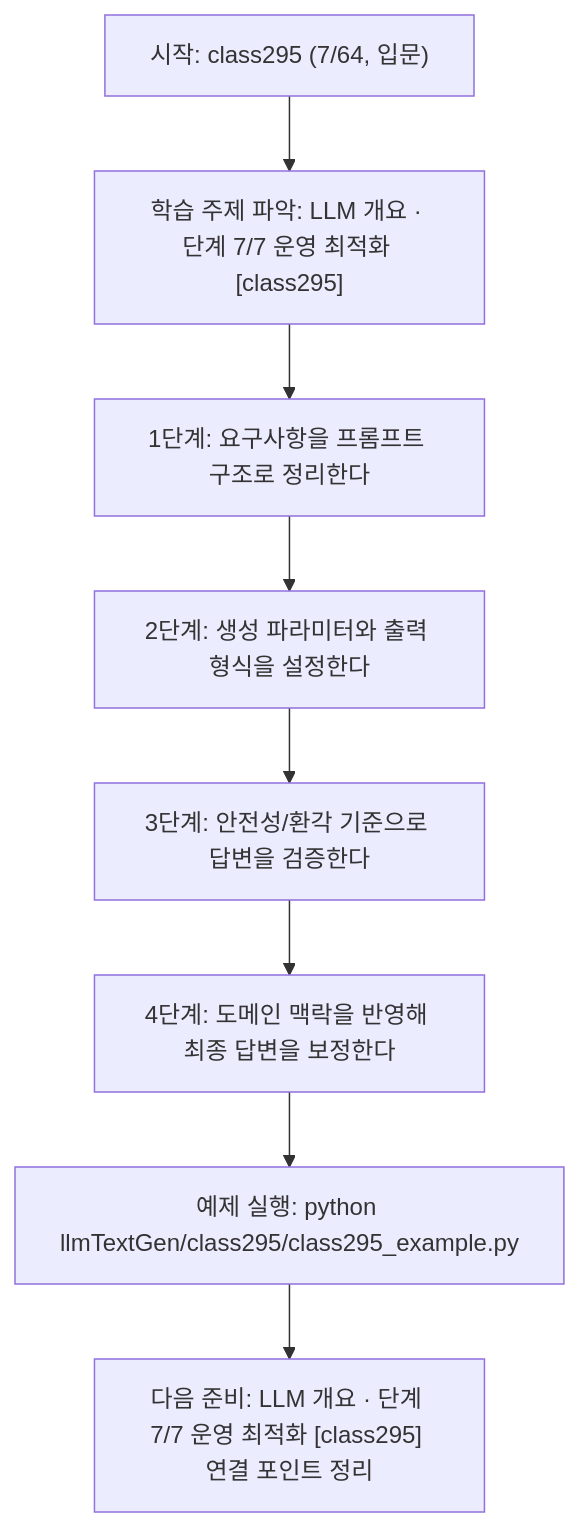
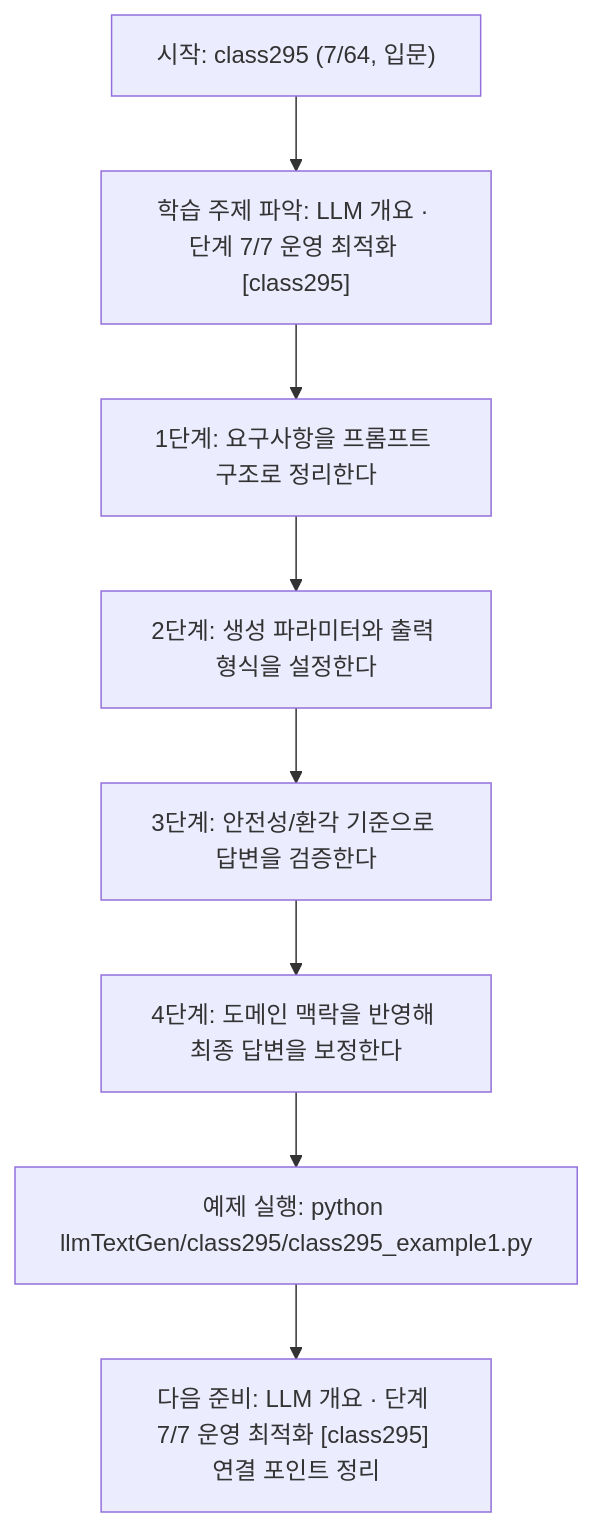
Before and after one commit to edumgt/Python-AI_Agent-Class: the diagram in llmTextGen/class295/class295.md, drawn with Mermaid. The commit also changed other lines of this file and 2959 other files, not shown here.

````diff
--- a/llmTextGen/class295/class295.md
+++ b/llmTextGen/class295/class295.md
@@ -113,18 +113,18 @@
 ```mermaid
 flowchart TD
 N1["시작: class295 (7/64, 입문)"]
 N2["학습 주제 파악: LLM 개요 · 단계 7/7 운영 최적화 [class295]"]
 N3["1단계: 요구사항을 프롬프트 구조로 정리한다"]
 N4["2단계: 생성 파라미터와 출력 형식을 설정한다"]
 N5["3단계: 안전성/환각 기준으로 답변을 검증한다"]
 N6["4단계: 도메인 맥락을 반영해 최종 답변을 보정한다"]
-N7["예제 실행: python llmTextGen/class295/class295_example.py"]
+N7["예제 실행: python llmTextGen/class295/class295_example1.py"]
 N8["다음 준비: LLM 개요 · 단계 7/7 운영 최적화 [class295] 연결 포인트 정리"]
 N1 --> N2
 N2 --> N3
 N3 --> N4
 N4 --> N5
 N5 --> N6
 N6 --> N7
 N7 --> N8
 ```
````
